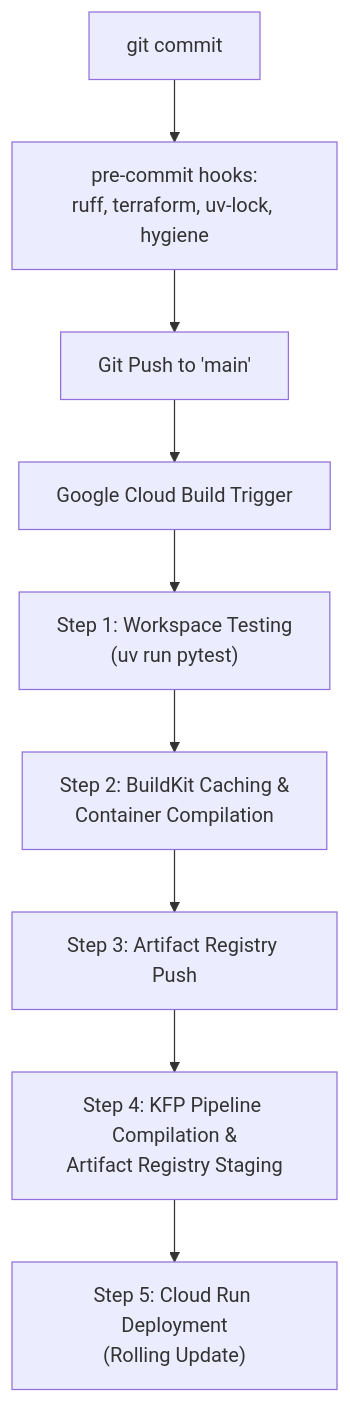
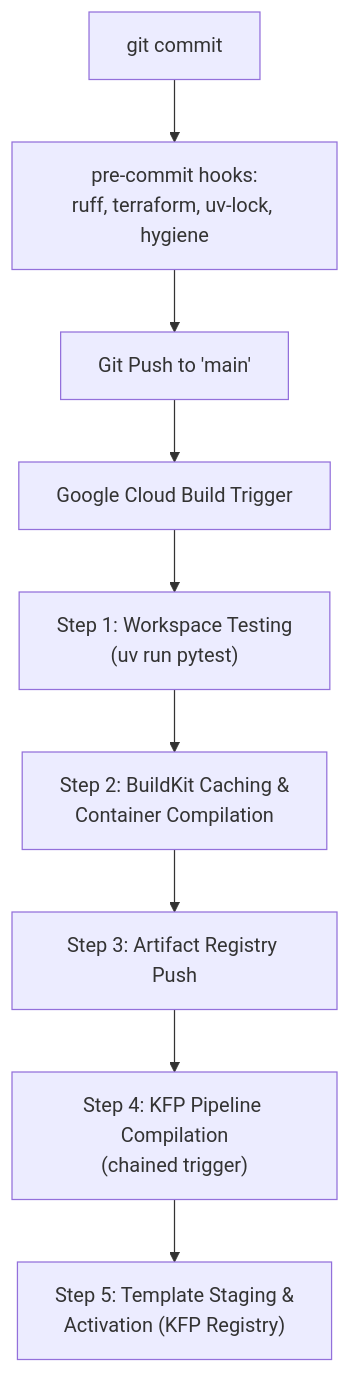
One commit to marcopellegrinoit/gcp-mlops-customer-churn changed the diagram in docs/cicd.md. Above: the diagram before and after it, drawn with Mermaid. The commit also changed other lines of this file, not shown here.

Commit message:
Fix docs/cicd.md drift: serving no longer deploys to Cloud Run
Serving is now a Vertex AI custom-container Model invoked via daily
BatchPredictionJob, not a live Cloud Run service. Remove the rolling
Cloud Run deploy step and clarify where the serving image actually
gets wired into production.

````diff
--- a/docs/cicd.md
+++ b/docs/cicd.md
@@ -5,11 +5,11 @@
 ```mermaid
 flowchart TD
     COMMIT[git commit] --> PRECOMMIT["pre-commit hooks:<br/>ruff, terraform, uv-lock, hygiene"]
     PRECOMMIT --> PUSH["Git Push to 'main'"]
     PUSH --> TRIGGER[Google Cloud Build Trigger]
     TRIGGER --> S1["Step 1: Workspace Testing<br/>(uv run pytest)"]
     S1 --> S2["Step 2: BuildKit Caching &<br/>Container Compilation"]
     S2 --> S3["Step 3: Artifact Registry Push"]
-    S3 --> S4["Step 4: KFP Pipeline Compilation &<br/>Artifact Registry Staging"]
-    S4 --> S5["Step 5: Cloud Run Deployment<br/>(Rolling Update)"]
+    S3 --> S4["Step 4: KFP Pipeline Compilation<br/>(chained trigger)"]
+    S4 --> S5["Step 5: Template Staging &<br/>Activation (KFP Registry)"]
 ```
````
